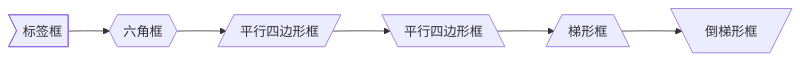
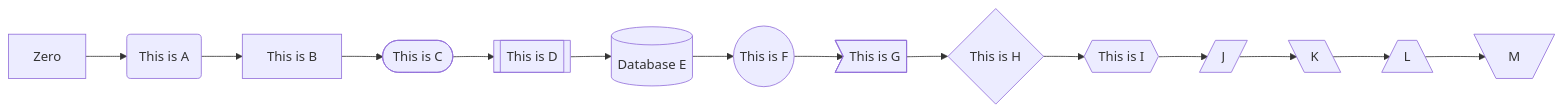
Before and after one commit to jack2nb/Files: the fifth of 7 diagrams in src/其他管理/uml图支持.md, drawn with Mermaid. The commit also changed other lines of this file, not shown here.

````diff
--- a/src/其他管理/uml图支持.md
+++ b/src/其他管理/uml图支持.md
@@ -47,7 +51,20 @@
 ```mermaid
+%% graph TD; comment
+graph LR
+Zero
+A(This is A)
+B[This is B]
+C([This is C])
+D[[This is D]]
+E[(Database E)]
+F((This is F))
+G>This is G]
+H{This is H}
+I{{This is I}}
+J[/J/]
+K[\K\]
+L[/L\]
+M[\ M/]
 
-flowchart LR
-H>标签框] --> I{{六角框}} -->J[/平行四边形框/] --> K[\平行四边形框\] --> L[/梯形框\] --> M[\倒梯形框/]
-
-
+Zero --> A --> B --> C --> D --> E --> F --> G --> H --> I --> J --> K --> L --> M
 ```
````
